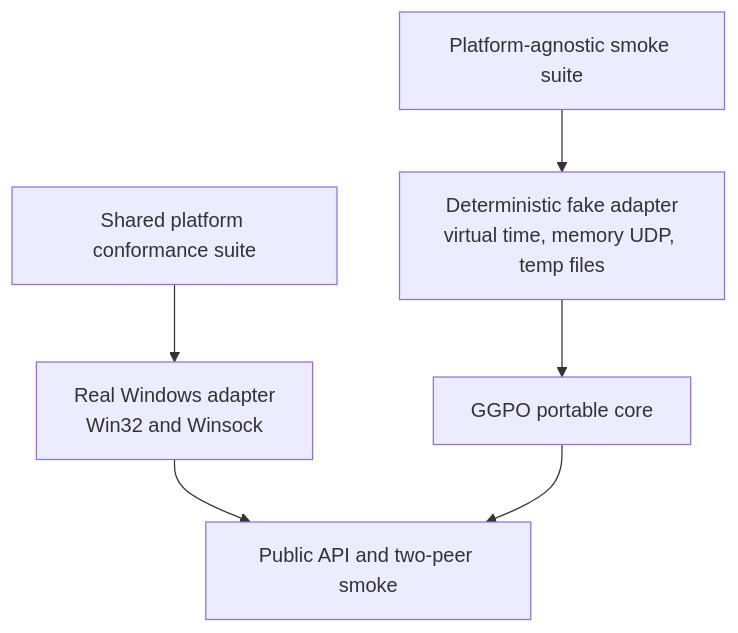
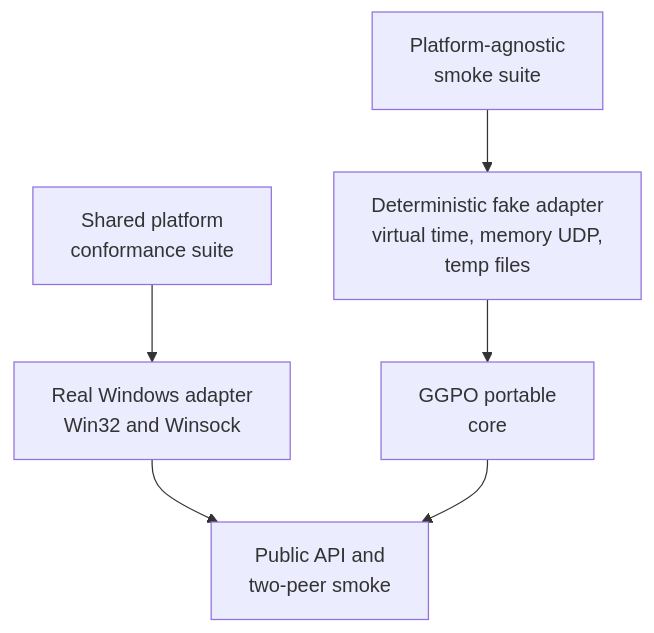
The second of 5 diagrams in doc/planning/2026-11-06-platform_agnostic_core/TECH_PLAN.md (irregularthanis/ggpo-next), drawn with Mermaid before and after one commit. The commit also changed other lines of this file and 9 other files, not shown here.

Commit message:
docs: wrap Mermaid diagram labels

````diff
--- a/doc/planning/2026-11-06-platform_agnostic_core/TECH_PLAN.md
+++ b/doc/planning/2026-11-06-platform_agnostic_core/TECH_PLAN.md
@@ -193,14 +193,14 @@
 ```mermaid
 flowchart TD
-    CoreSuite["Platform-agnostic smoke suite"]
-    Fake["Deterministic fake adapter<br/>virtual time, memory UDP, temp files"]
-    Core["GGPO portable core"]
-    ContractSuite["Shared platform conformance suite"]
+    CoreSuite["Platform-agnostic<br/>smoke suite"]
+    Fake["Deterministic fake adapter<br/>virtual time, memory UDP,<br/>temp files"]
+    Core["GGPO portable<br/>core"]
+    ContractSuite["Shared platform<br/>conformance suite"]
     Windows["Real Windows adapter<br/>Win32 and Winsock"]
-    Full["Public API and two-peer smoke"]
+    Full["Public API and<br/>two-peer smoke"]
 
     CoreSuite --> Fake --> Core
     ContractSuite --> Windows
     Windows --> Full
     Core --> Full
 ```
````
